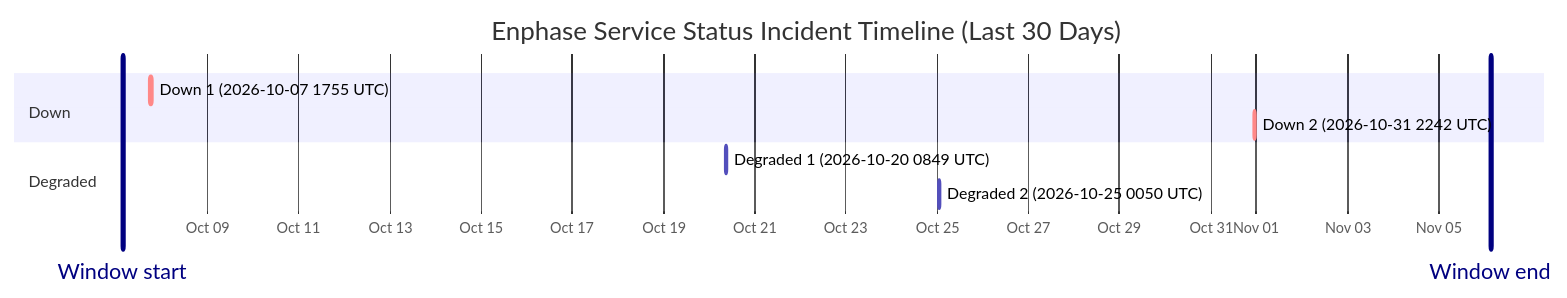
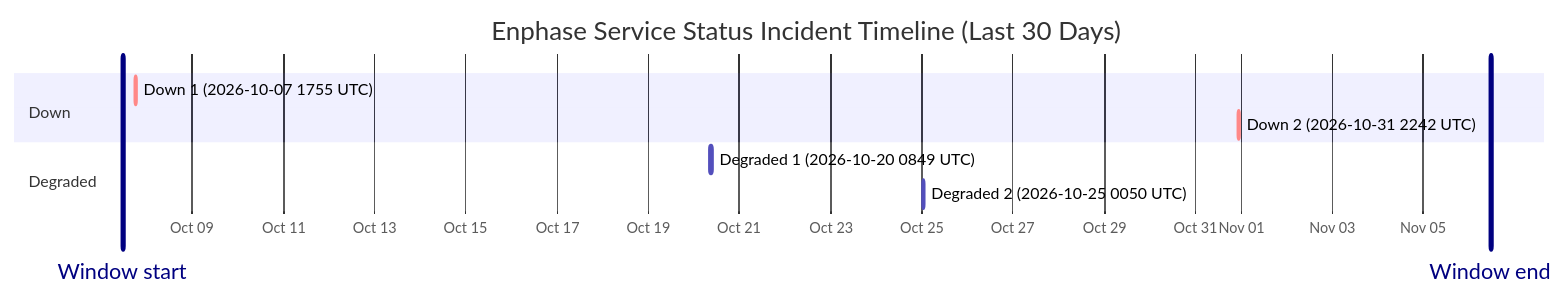
The diagram in wiki/Service-Status-History.md (barneyonline/ha-enphase-energy), drawn with Mermaid before and after one commit. The commit also changed other lines of this file and 3 other files, not shown here.

````diff
--- a/wiki/Service-Status-History.md
+++ b/wiki/Service-Status-History.md
@@ -14,14 +14,14 @@
 ```mermaid
 gantt
     title Enphase Service Status Incident Timeline (Last 30 Days)
     dateFormat  YYYY-MM-DDTHH:mm:ss
     axisFormat  %b %d
-    Window start :vert, window-start, 2026-10-07T03:10:27, 0ms
-    Window end :vert, window-end, 2026-11-06T03:10:27, 0ms
+    Window start :vert, window-start, 2026-10-07T11:18:34, 0ms
+    Window end :vert, window-end, 2026-11-06T11:18:34, 0ms
     section Down
     Down 1 (2026-10-07 1755 UTC) :crit, down-1, 2026-10-07T17:55:16, 60m
     Down 2 (2026-10-31 2242 UTC) :crit, down-2, 2026-10-31T22:42:18, 60m
     section Degraded
     Degraded 1 (2026-10-20 0849 UTC) :active, degraded-1, 2026-10-20T08:49:49, 60m
     Degraded 2 (2026-10-25 0050 UTC) :active, degraded-2, 2026-10-25T00:50:01, 60m
 ```
````
